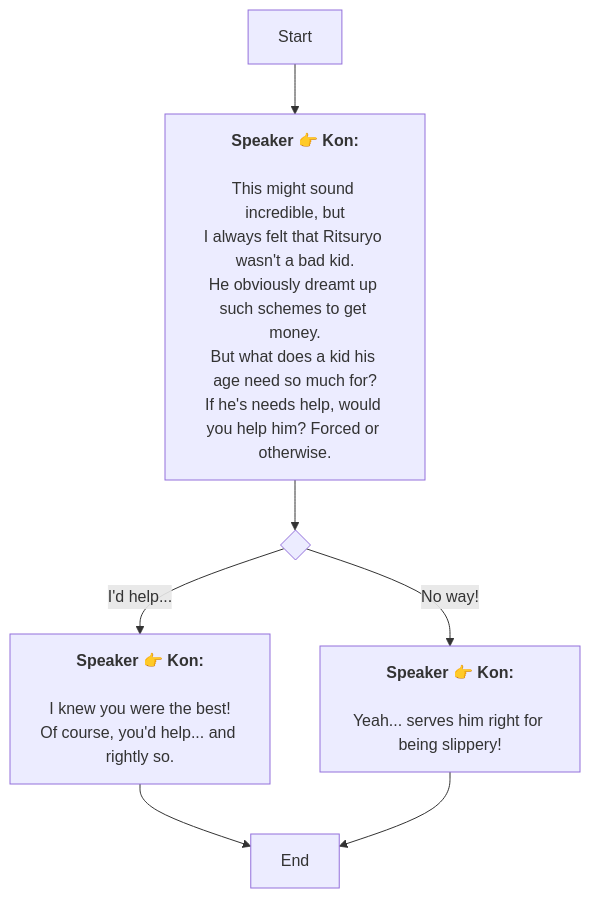
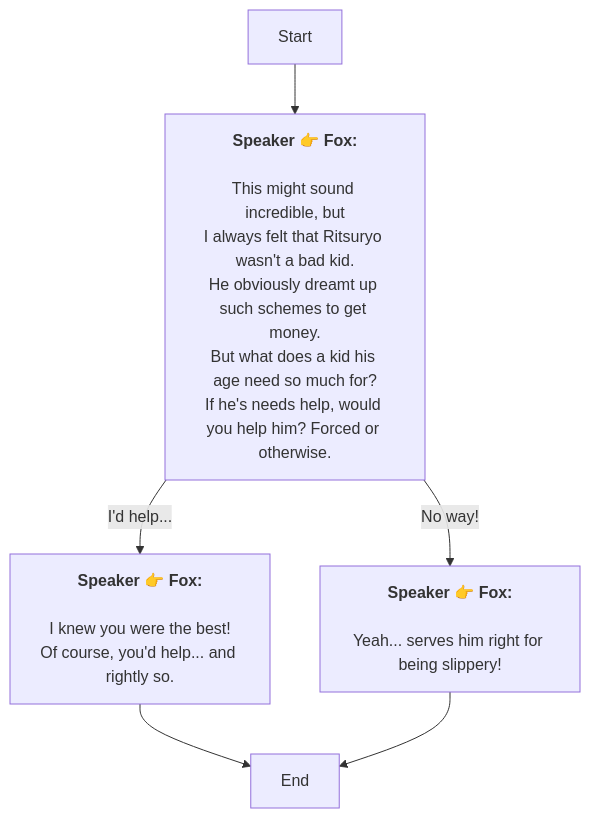
One commit to SoftHu/tos_avg changed the diagram in En/AddDialogNode_1739677228568795.md. Above: the diagram before and after it, drawn with Mermaid. The commit also changed 737 other files, not shown here.

````diff
--- a/En/AddDialogNode_1739677228568795.md
+++ b/En/AddDialogNode_1739677228568795.md
@@ -1,22 +1,16 @@
 ```mermaid
 graph
-Start -->1739678263310558[<b>Speaker 👉 Kon:</b>
-
-This might sound incredible, but
-I always felt that Ritsuryo wasn't a bad kid.
-He obviously dreamt up such schemes to get money.
-But what does a kid his age need so much for?
-If he's needs help, would you help him? Forced or otherwise.]
-1739678263310558 -->1739678761921760{ }
-1739678761921760 -->|I'd help...|1739678885011685[<b>Speaker 👉 Kon:</b>
-
-I knew you were the best!
+Start -->1739678263310558[<b>Speaker 👉 Fox:</b>
+\nThis might sound incredible, but
+I always felt that Ritsuryo wasn't a bad kid.\nHe obviously dreamt up such schemes to get money.
+But what does a kid his age need so much for?\nIf he's needs help, would you help him? Forced or otherwise.]
+1739678263310558 -->|I'd help...|1739678885011685[<b>Speaker 👉 Fox:</b>
+\nI knew you were the best!
 Of course, you'd help... and rightly so.
 ]
-1739678761921760 -->|No way!|1739678888733926[<b>Speaker 👉 Kon:</b>
-
-Yeah... serves him right for being slippery!]
+1739678263310558 -->|No way!|1739678888733926[<b>Speaker 👉 Fox:</b>
+\nYeah... serves him right for being slippery!]
 1739678885011685 -->1739681102776551[End]
 1739678888733926 -->1739681102776551[End]
 
- ```
+```
````
